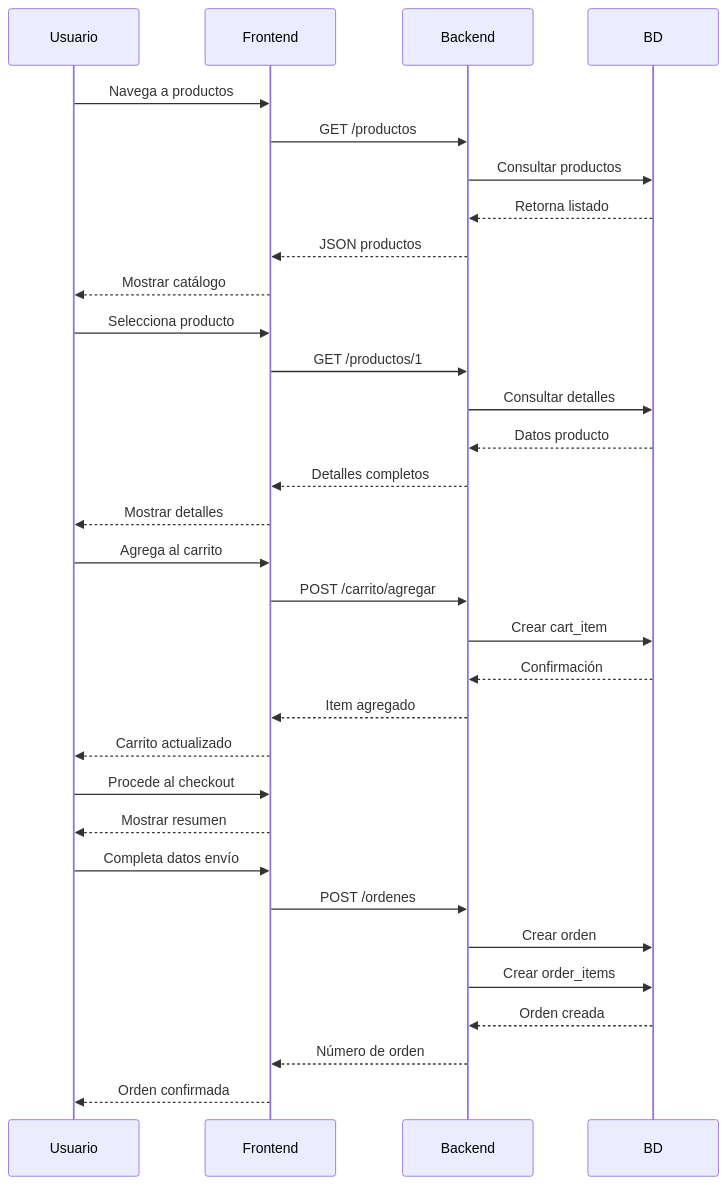
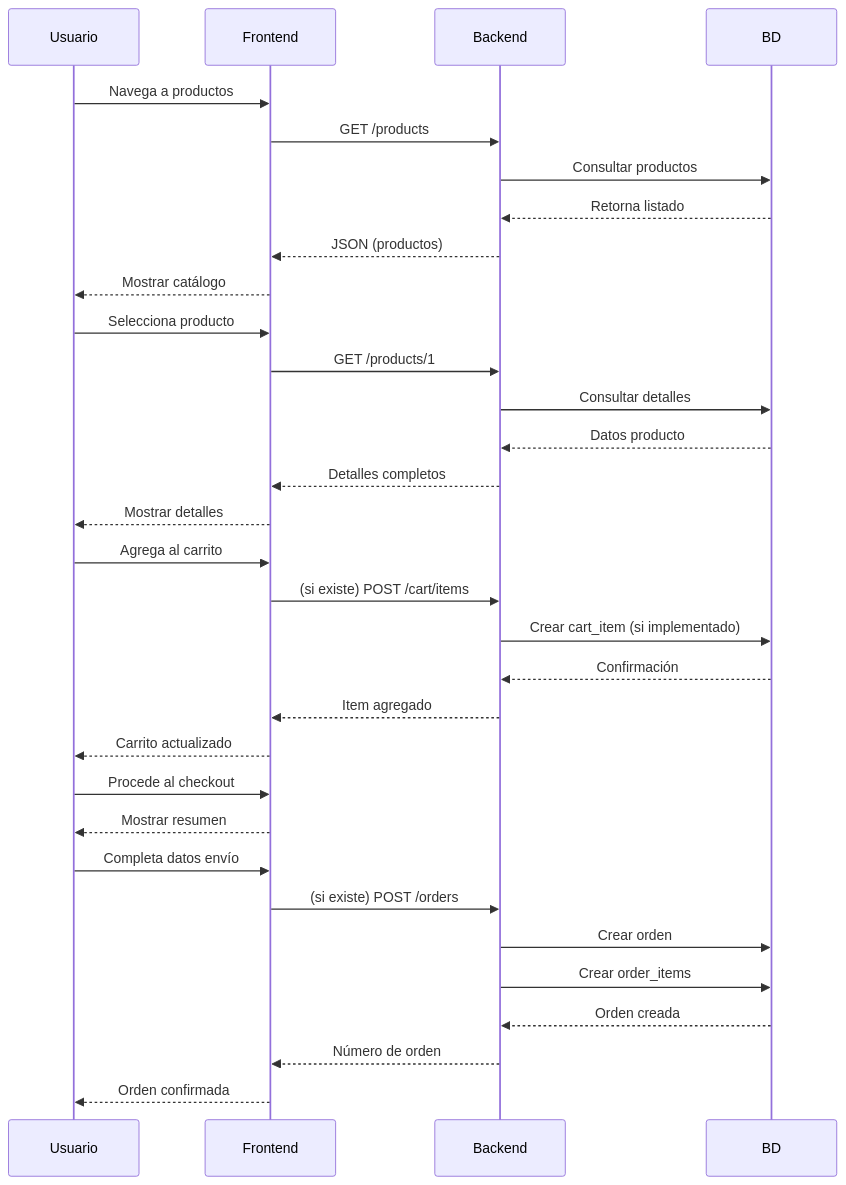
Before and after one commit to jhorman14/IND_MAAV: the second of 9 diagrams in docs/FLUJOS.md, drawn with Mermaid. The commit also changed other lines of this file and 76 other files, not shown here.

````diff
--- a/docs/FLUJOS.md
+++ b/docs/FLUJOS.md
@@ -51,38 +51,38 @@
 ```mermaid
 sequenceDiagram
     participant Usuario
     participant Frontend
     participant Backend
     participant BD
     
     Usuario->>Frontend: Navega a productos
-    Frontend->>Backend: GET /productos
+    Frontend->>Backend: GET /products
     Backend->>BD: Consultar productos
     BD-->>Backend: Retorna listado
-    Backend-->>Frontend: JSON productos
+    Backend-->>Frontend: JSON (productos)
     Frontend-->>Usuario: Mostrar catálogo
     
     Usuario->>Frontend: Selecciona producto
-    Frontend->>Backend: GET /productos/1
+    Frontend->>Backend: GET /products/1
     Backend->>BD: Consultar detalles
     BD-->>Backend: Datos producto
     Backend-->>Frontend: Detalles completos
     Frontend-->>Usuario: Mostrar detalles
     
     Usuario->>Frontend: Agrega al carrito
-    Frontend->>Backend: POST /carrito/agregar
-    Backend->>BD: Crear cart_item
+    Frontend->>Backend: (si existe) POST /cart/items
+    Backend->>BD: Crear cart_item (si implementado)
     BD-->>Backend: Confirmación
     Backend-->>Frontend: Item agregado
     Frontend-->>Usuario: Carrito actualizado
     
     Usuario->>Frontend: Procede al checkout
     Frontend-->>Usuario: Mostrar resumen
     Usuario->>Frontend: Completa datos envío
-    Frontend->>Backend: POST /ordenes
+    Frontend->>Backend: (si existe) POST /orders
     Backend->>BD: Crear orden
     Backend->>BD: Crear order_items
     BD-->>Backend: Orden creada
     Backend-->>Frontend: Número de orden
     Frontend-->>Usuario: Orden confirmada
 ```
````
